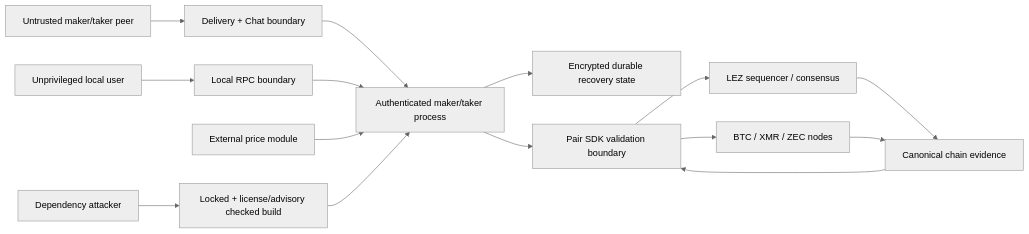
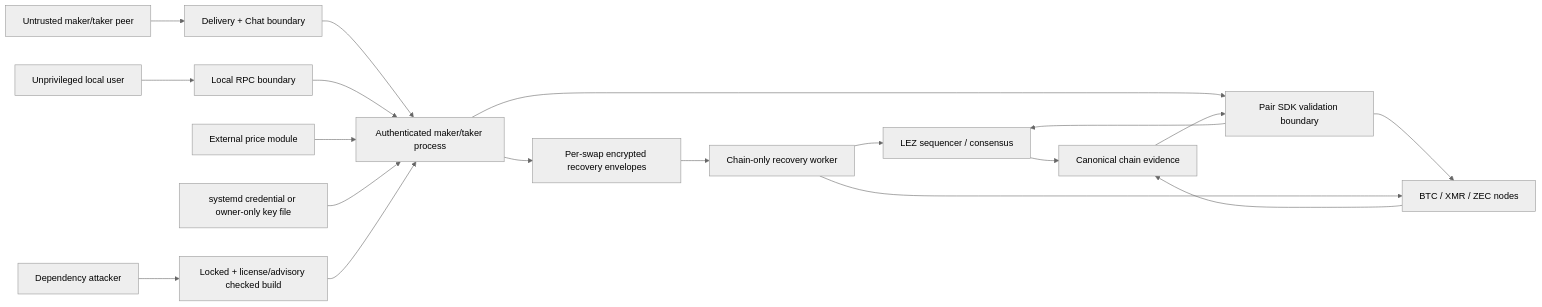
One commit to gateway-fm/lez-atomic-swaps changed the diagram in docs/milestone-1/threat-model.md. Above: the diagram before and after it, drawn with Mermaid (neutral theme). The commit also changed other lines of this file and 12 other files, not shown here.

Commit message:
docs: finalize milestone one architecture designs

````diff
--- a/docs/milestone-1/threat-model.md
+++ b/docs/milestone-1/threat-model.md
@@ -5,17 +6,21 @@
 ```mermaid
 flowchart LR
     Counterparty["Untrusted maker/taker peer"] --> Discovery["Delivery + Chat boundary"]
     Discovery --> Daemon["Authenticated maker/taker process"]
     Local["Unprivileged local user"] --> RPC["Local RPC boundary"]
     RPC --> Daemon
     Feed["External price module"] --> Daemon
-    Daemon --> State["Encrypted durable recovery state"]
+    Credential["systemd credential or owner-only key file"] --> Daemon
+    Daemon --> State["Per-swap encrypted recovery envelopes"]
     Daemon --> SDK["Pair SDK validation boundary"]
     SDK --> LEZ["LEZ sequencer / consensus"]
     SDK --> Foreign["BTC / XMR / ZEC nodes"]
     Supply["Dependency attacker"] --> Build["Locked + license/advisory checked build"]
     Build --> Daemon
     LEZ --> Evidence["Canonical chain evidence"]
     Foreign --> Evidence
     Evidence --> SDK
+    State --> Recovery["Chain-only recovery worker"]
+    Recovery --> LEZ
+    Recovery --> Foreign
 ```
````
